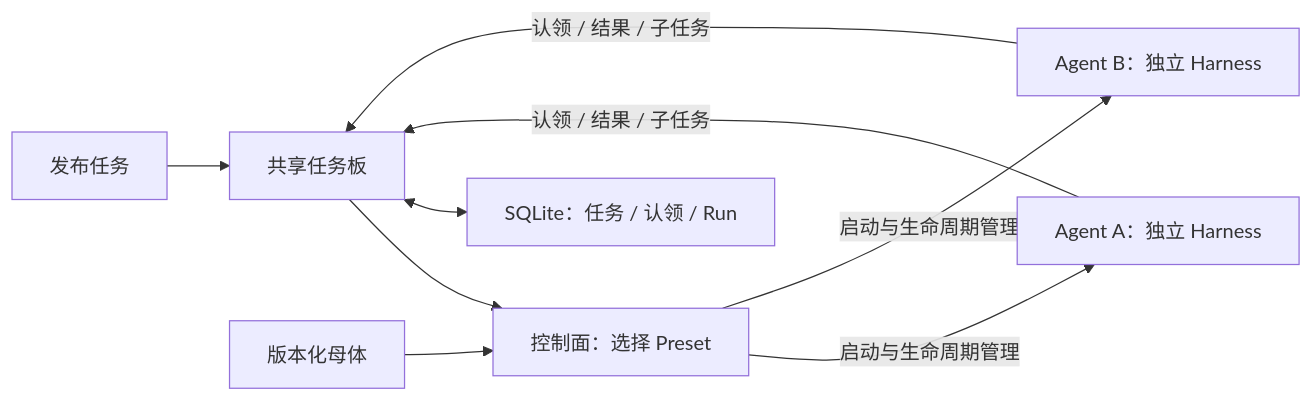
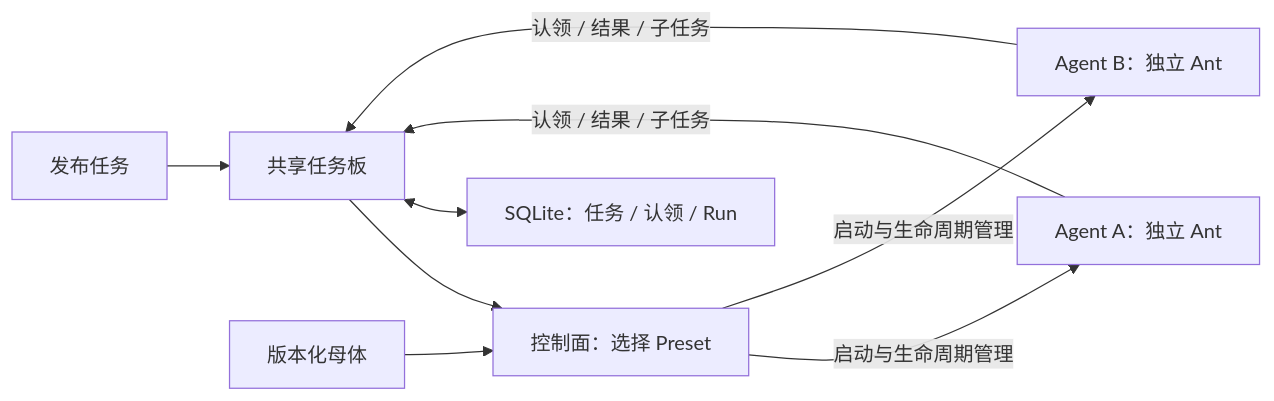
Before and after one commit to NeoPanic/Ant3: the diagram in README.zh-CN.md, drawn with Mermaid. The commit also changed other lines of this file and 255 other files, not shown here.

````diff
--- a/README.zh-CN.md
+++ b/README.zh-CN.md
@@ -94,11 +94,11 @@
 ```mermaid
 flowchart LR
     Entry[发布任务] --> Board[共享任务板]
     Board --> Control[控制面：选择 Preset]
     Preset[版本化母体] --> Control
-    Control -->|启动与生命周期管理| A[Agent A：独立 Harness]
-    Control -->|启动与生命周期管理| B[Agent B：独立 Harness]
+    Control -->|启动与生命周期管理| A[Agent A：独立 Ant]
+    Control -->|启动与生命周期管理| B[Agent B：独立 Ant]
     A -->|认领 / 结果 / 子任务| Board
     B -->|认领 / 结果 / 子任务| Board
     Board <--> State[SQLite：任务 / 认领 / Run]
 ```
````
